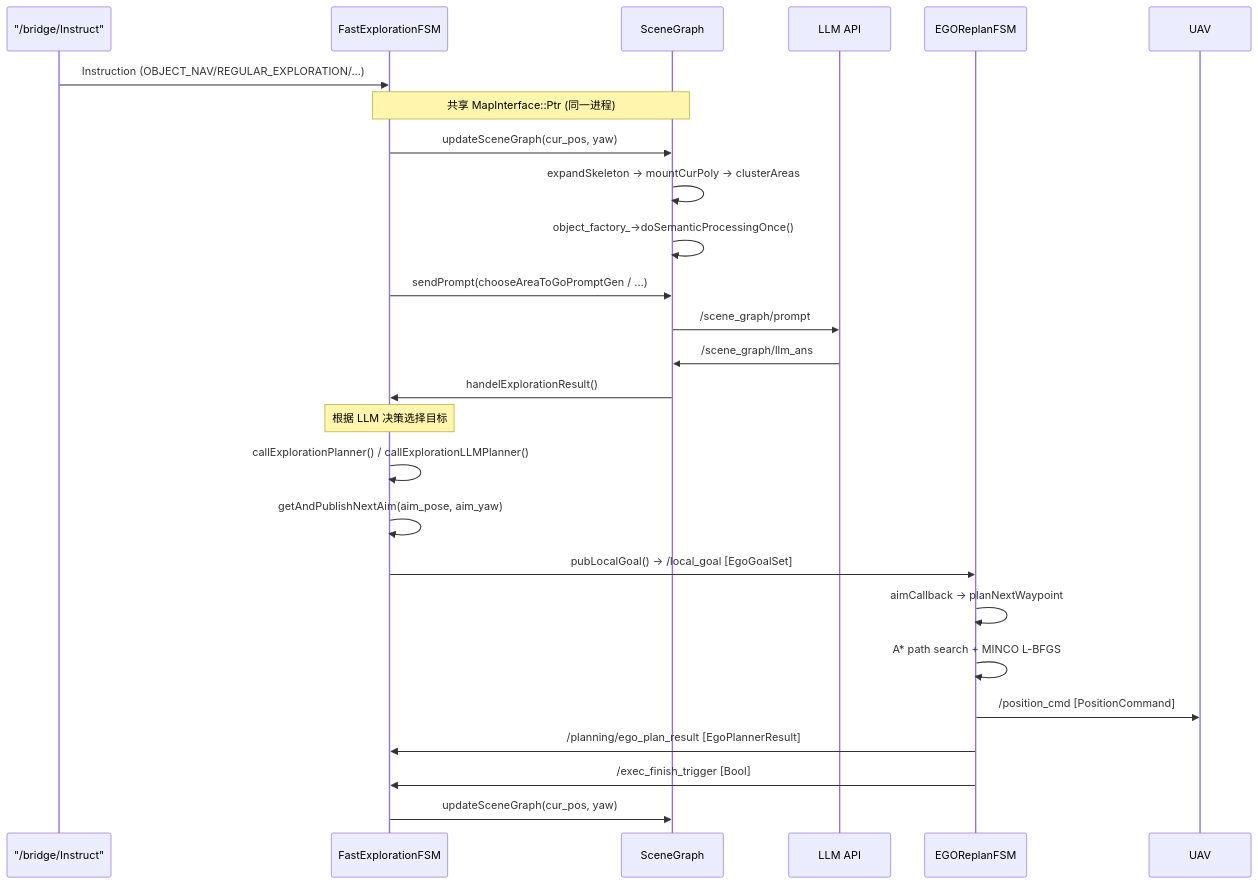
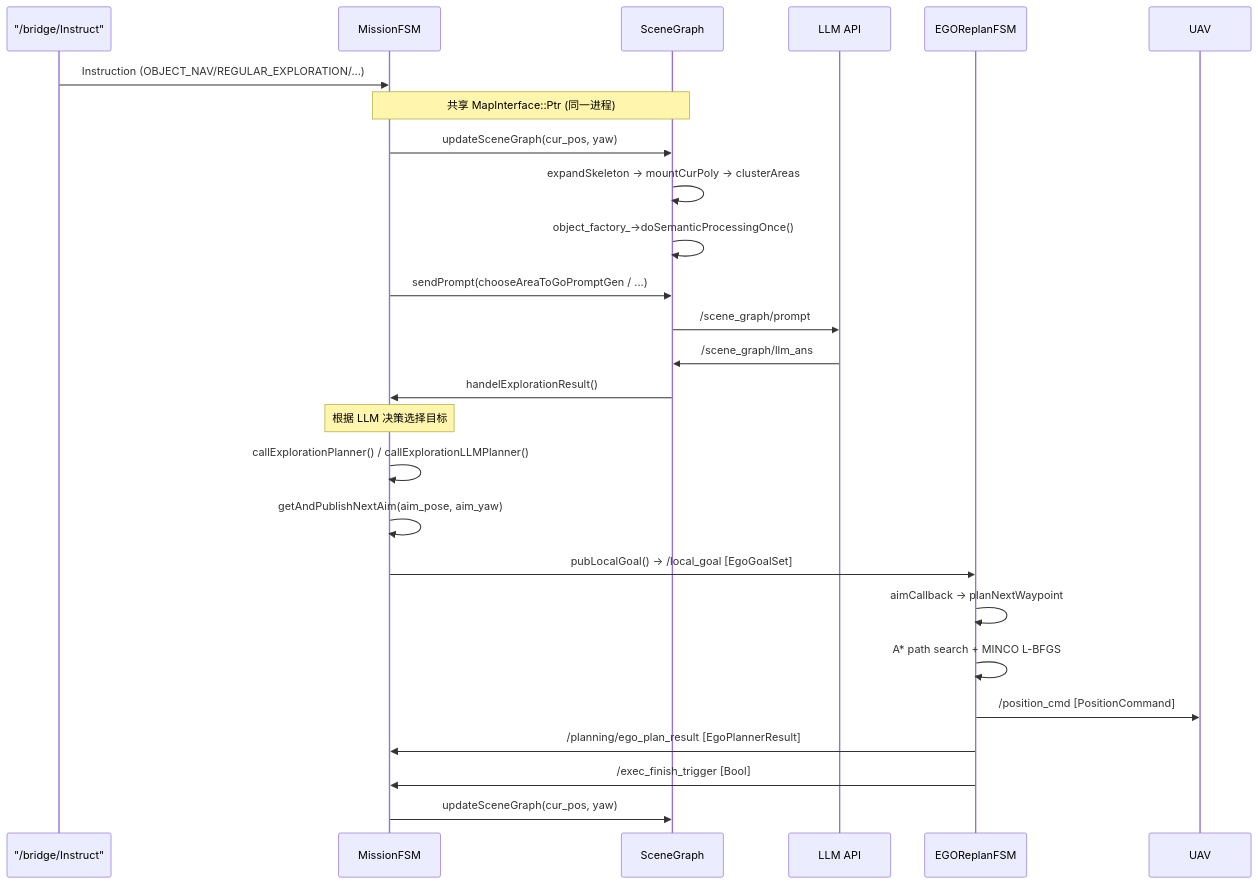
Before and after one commit to WarriorHanamy/uss-nav: the fourth of 4 diagrams in docs/SCENEGRAPH.md, drawn with Mermaid. The commit also changed other lines of this file and 16 other files, not shown here.

First line of the commit message:
refactor: Rename FastExplorationFSM to MissionFSM and remove GoalSet

````diff
--- a/docs/SCENEGRAPH.md
+++ b/docs/SCENEGRAPH.md
@@ -324,37 +324,37 @@
 ```mermaid
 sequenceDiagram
     participant GCS as "/bridge/Instruct"
-    participant FSM as FastExplorationFSM
+    participant FSM as MissionFSM
     participant SG as SceneGraph
     participant LLM as LLM API
     participant EGO as EGOReplanFSM
     participant UAV
 
     GCS->>FSM: Instruction (OBJECT_NAV/REGULAR_EXPLORATION/...)
     
     Note over FSM,SG: 共享 MapInterface::Ptr (同一进程)
     
     FSM->>SG: updateSceneGraph(cur_pos, yaw)
     SG->>SG: expandSkeleton → mountCurPoly → clusterAreas
     SG->>SG: object_factory_->doSemanticProcessingOnce()
     
     FSM->>SG: sendPrompt(chooseAreaToGoPromptGen / ...)
     SG->>LLM: /scene_graph/prompt
     LLM->>SG: /scene_graph/llm_ans
     SG->>FSM: handelExplorationResult()
     Note over FSM: 根据 LLM 决策选择目标
     
     FSM->>FSM: callExplorationPlanner() / callExplorationLLMPlanner()
     FSM->>FSM: getAndPublishNextAim(aim_pose, aim_yaw)
     FSM->>EGO: pubLocalGoal() → /local_goal [EgoGoalSet]
     
     EGO->>EGO: aimCallback → planNextWaypoint
     EGO->>EGO: A* path search + MINCO L-BFGS
     
     EGO->>UAV: /position_cmd [PositionCommand]
     
     EGO->>FSM: /planning/ego_plan_result [EgoPlannerResult]
     EGO->>FSM: /exec_finish_trigger [Bool]
     
     FSM->>SG: updateSceneGraph(cur_pos, yaw)
 ```
````
